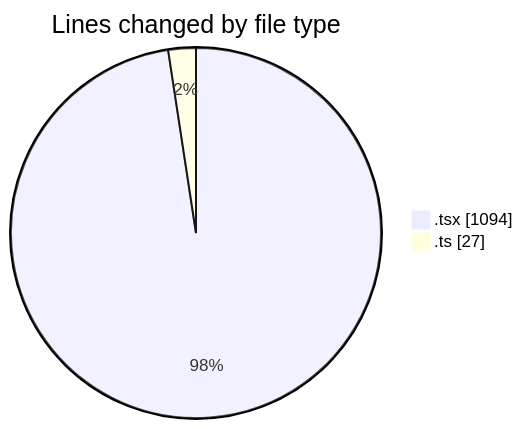
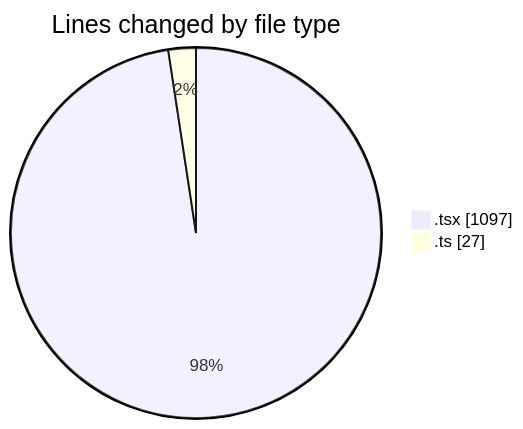
Before and after one commit to momahboobian/code-tracking: the first of 2 diagrams in 2025-02-11/cda/README.md, drawn with Mermaid. The commit also changed other lines of this file and 1 other file, not shown here.

````diff
--- a/2025-02-11/cda/README.md
+++ b/2025-02-11/cda/README.md
@@ -21,6 +21,6 @@
 ```mermaid
 pie showData
 title Lines changed by file type
-".tsx" : 1094
+".tsx" : 1097
 ".ts" : 27
 ```
````
